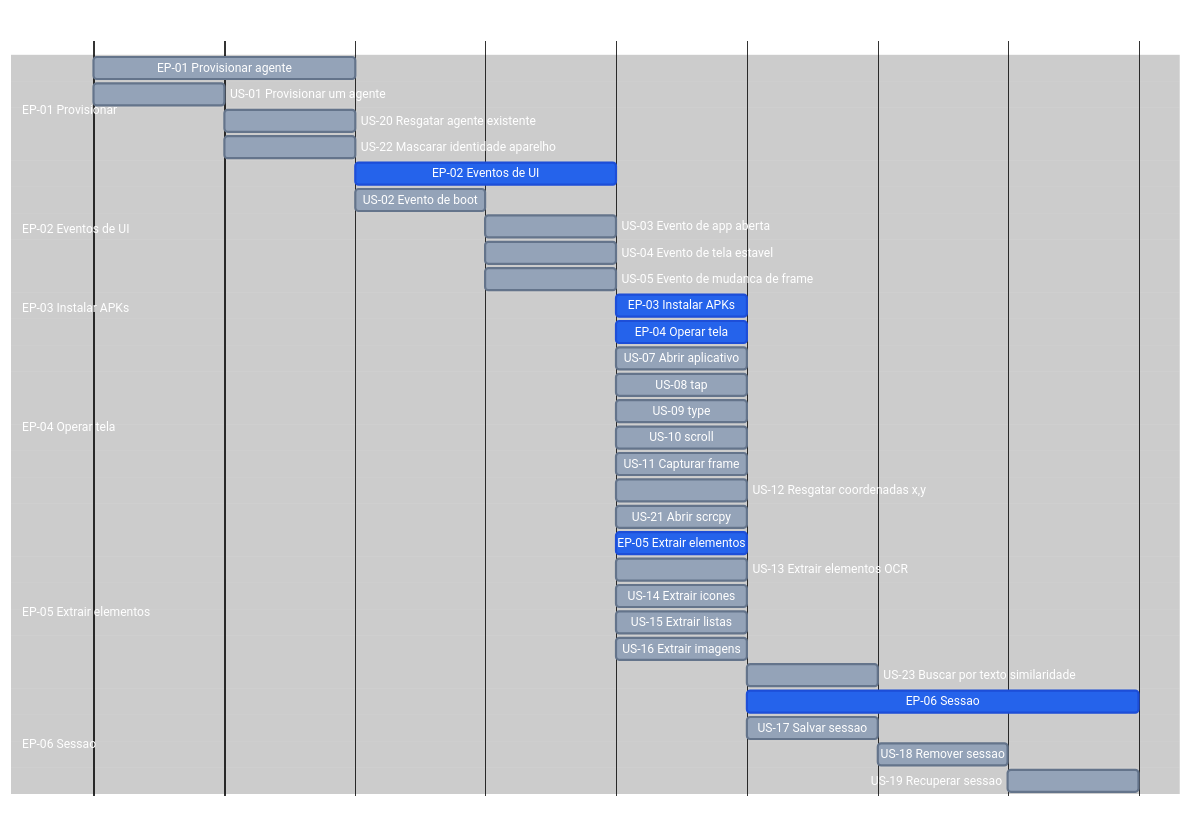
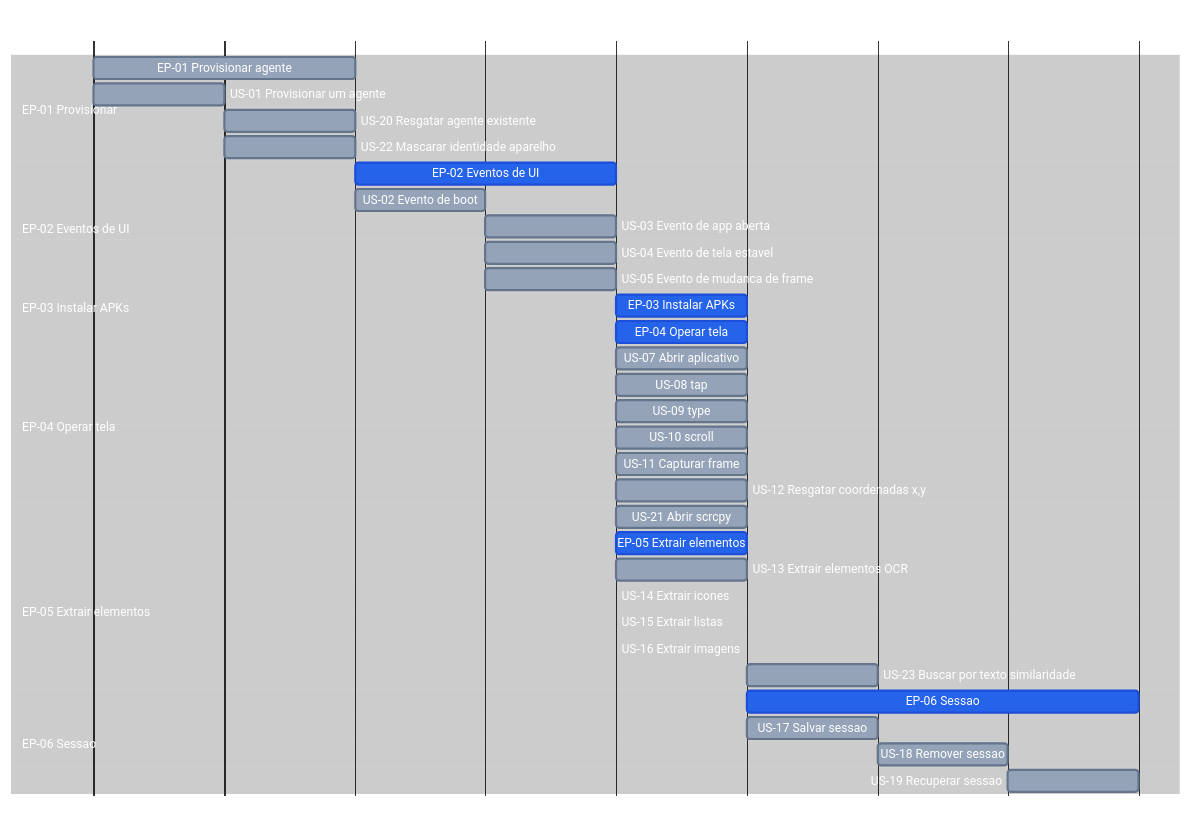
Before and after one commit to laerciogermano/workstation: the diagram in screen-robot/3.roadmap.md, drawn with Mermaid. The commit also changed other lines of this file and 19 other files, not shown here.

````diff
--- a/screen-robot/3.roadmap.md
+++ b/screen-robot/3.roadmap.md
@@ -12,80 +12,80 @@
 ```mermaid
 ---
 config:
   theme: base
   themeVariables:
     darkMode: true
     background: '#000000'
     primaryTextColor: '#ffffff'
     secondaryTextColor: '#ffffff'
     tertiaryTextColor: '#ffffff'
     textColor: '#ffffff'
     lineColor: '#333333'
     mainBkg: '#000000'
     secondaryColor: '#000000'
     tertiaryColor: '#000000'
     sectionBkgColor: '#000000'
     sectionBkgColor2: '#000000'
     altSectionBkgColor: '#000000'
     gridColor: '#222222'
     excludeBkgColor: '#000000'
     todayLineColor: '#444444'
     doneTaskBkgColor: '#2563eb'
     doneTaskBorderColor: '#1d4ed8'
     taskBkgColor: '#94a3b8'
     taskBorderColor: '#64748b'
     taskTextColor: '#ffffff'
     taskTextDarkColor: '#ffffff'
     taskTextLightColor: '#ffffff'
     taskTextOutsideColor: '#ffffff'
     critBkgColor: '#2563eb'
     critBorderColor: '#1d4ed8'
     activeTaskBkgColor: '#94a3b8'
     activeTaskBorderColor: '#64748b'
 ---
 gantt
   title screen-robot EP / US
   dateFormat X
   axisFormat %s
 
   section EP-01 Provisionar
   EP-01 Provisionar agente              :ep01, 0, 30m
   US-01 Provisionar um agente           :us01, 0, 15m
   US-20 Resgatar agente existente       :us20, after us01, 15m
   US-22 Mascarar identidade aparelho    :us22, after us01, 15m
 
   section EP-02 Eventos de UI
   EP-02 Eventos de UI                   :done, ep02, after ep01, 30m
   US-02 Evento de boot                  :us02, after ep01, 15m
   US-03 Evento de app aberta            :us03, after us02, 15m
   US-04 Evento de tela estavel          :us04, after us02, 15m
   US-05 Evento de mudanca de frame      :us05, after us02, 15m
 
 
   section EP-03 Instalar APKs
   EP-03 Instalar APKs                   :done, ep03, after us05, 15m
 
   section EP-04 Operar tela
   EP-04 Operar tela                     :done, ep04, after us05, 15m
   US-07 Abrir aplicativo                :us07, after us05, 15m
   US-08 tap                             :us08, after us05, 15m
   US-09 type                            :us09, after us05, 15m
   US-10 scroll                          :us10, after us05, 15m
   US-11 Capturar frame                  :us11, after us05, 15m
   US-12 Resgatar coordenadas x,y        :us12, after us05, 15m
   US-21 Abrir scrcpy                    :us21, after us05, 15m
 
   section EP-05 Extrair elementos
   EP-05 Extrair elementos               :done, ep05, after us05, 15m
   US-13 Extrair elementos OCR           :us13, after us05, 15m
-  US-14 Extrair icones                  :us14, after us05, 15m
-  US-15 Extrair listas                  :us15, after us05, 15m
-  US-16 Extrair imagens                 :us16, after us05, 15m
+  US-14 Extrair icones                  :crit, us14, after us05, 0m
+  US-15 Extrair listas                  :crit, us15, after us05, 0m
+  US-16 Extrair imagens                 :crit, us16, after us05, 0m
   US-23 Buscar por texto similaridade   :us23, after us13, 15m
 
   section EP-06 Sessao
   EP-06 Sessao                          :done, ep06, after ep05, 45m
   US-17 Salvar sessao                   :us17, after ep05, 15m
   US-18 Remover sessao                  :us18, after us17, 15m
   US-19 Recuperar sessao                :us19, after us18, 15m
 ```
````
